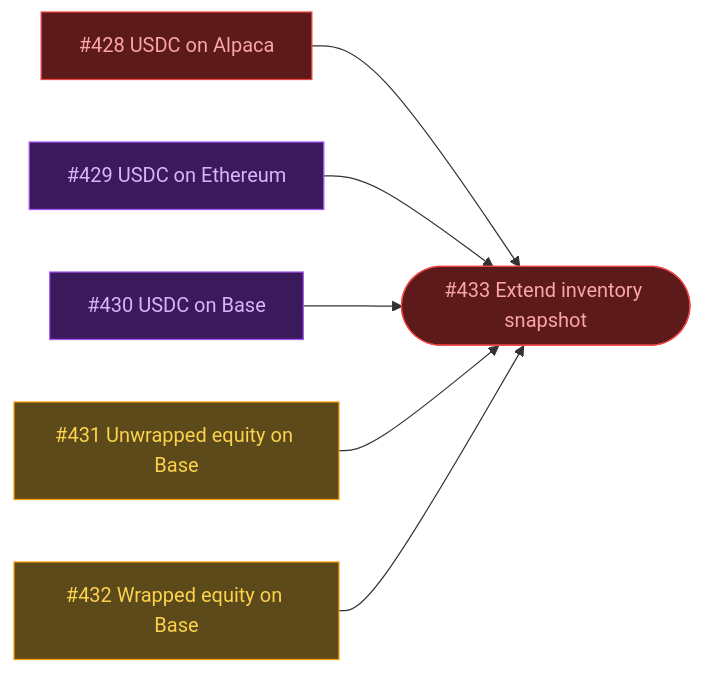
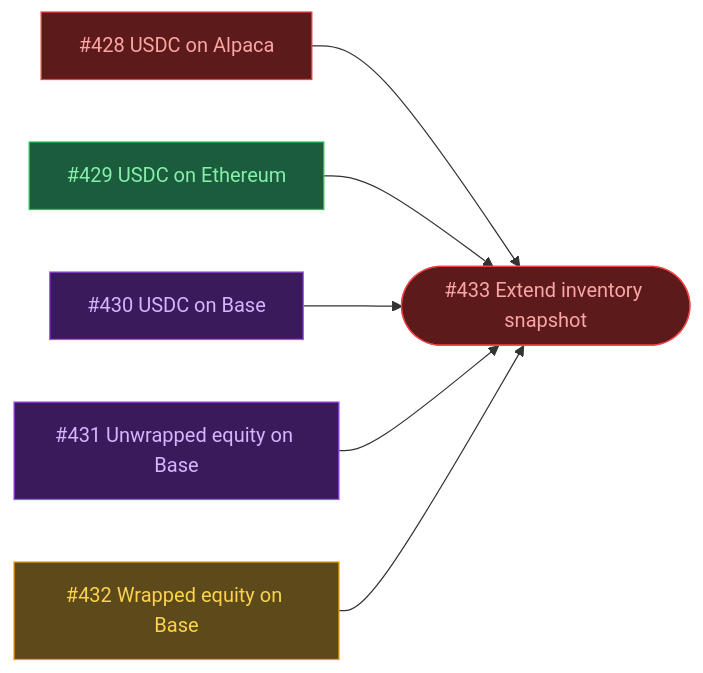
The second of 8 diagrams in ROADMAP.md (ST0x-Technology/st0x.liquidity), drawn with Mermaid before and after one commit. The commit also changed other lines of this file, not shown here.

Commit message:
chore: restructure roadmap backlog with recent issues

````diff
--- a/ROADMAP.md
+++ b/ROADMAP.md
@@ -66,26 +68,27 @@
 ```mermaid
 graph LR
     classDef blocked fill:#5c1a1a,stroke:#ef4444,color:#fca5a5
     classDef todo fill:#5c4a1a,stroke:#f59e0b,color:#fcd34d
     classDef review fill:#3b1a5c,stroke:#a855f7,color:#d8b4fe
+    classDef done fill:#1a5c3b,stroke:#22c55e,color:#86efac
 
     id428["#428 USDC on Alpaca"]:::blocked
-    id429["#429 USDC on Ethereum"]:::review
+    id429["#429 USDC on Ethereum"]:::done
     id430["#430 USDC on Base"]:::review
-    id431["#431 Unwrapped equity on Base"]:::todo
+    id431["#431 Unwrapped equity on Base"]:::review
     id432["#432 Wrapped equity on Base"]:::todo
     id433(["#433 Extend inventory snapshot"]):::blocked
 
     id428 --> id433
     id429 --> id433
     id430 --> id433
     id431 --> id433
     id432 --> id433
 
     click id428 href "https://github.com/ST0x-Technology/st0x.liquidity/issues/428"
     click id429 href "https://github.com/ST0x-Technology/st0x.liquidity/issues/429"
     click id430 href "https://github.com/ST0x-Technology/st0x.liquidity/issues/430"
     click id431 href "https://github.com/ST0x-Technology/st0x.liquidity/issues/431"
     click id432 href "https://github.com/ST0x-Technology/st0x.liquidity/issues/432"
     click id433 href "https://github.com/ST0x-Technology/st0x.liquidity/issues/433"
 ```
````
